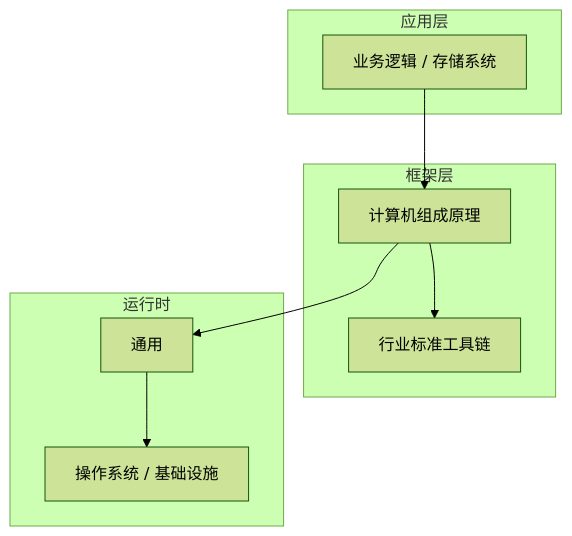
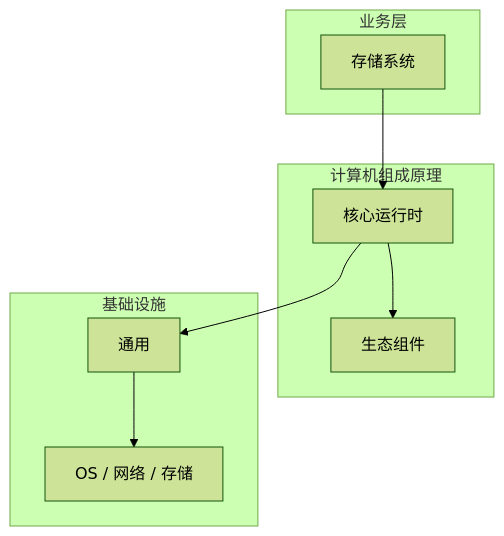
Before and after one commit to yanggan2015/knowledge-json-v2: the diagram in articles/计算机组成原理/chapters/021-存储系统核心概念与原理.md, drawn with Mermaid (forest theme). The commit also changed other lines of this file and 10127 other files, not shown here.

````diff
--- a/articles/计算机组成原理/chapters/021-存储系统核心概念与原理.md
+++ b/articles/计算机组成原理/chapters/021-存储系统核心概念与原理.md
@@ -45,18 +34,18 @@
 ```mermaid
 graph TB
-    subgraph 应用层
-        A[业务逻辑 / 存储系统]
+    subgraph 业务层
+        A[存储系统]
     end
-    subgraph 框架层
-        B[计算机组成原理]
-        C[行业标准工具链]
+    subgraph 计算机组成原理
+        B[核心运行时]
+        C[生态组件]
     end
-    subgraph 运行时
+    subgraph 基础设施
         D[通用]
-        E[操作系统 / 基础设施]
+        E[OS / 网络 / 存储]
     end
     A --> B
     B --> C
     B --> D
     D --> E
 ```
````
